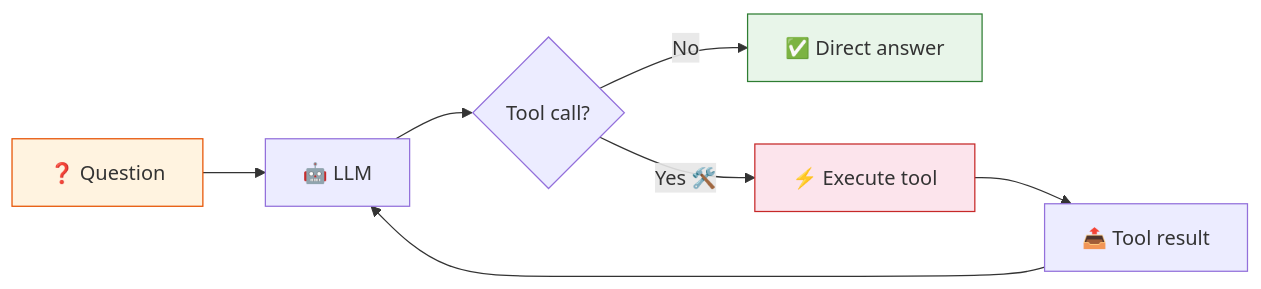
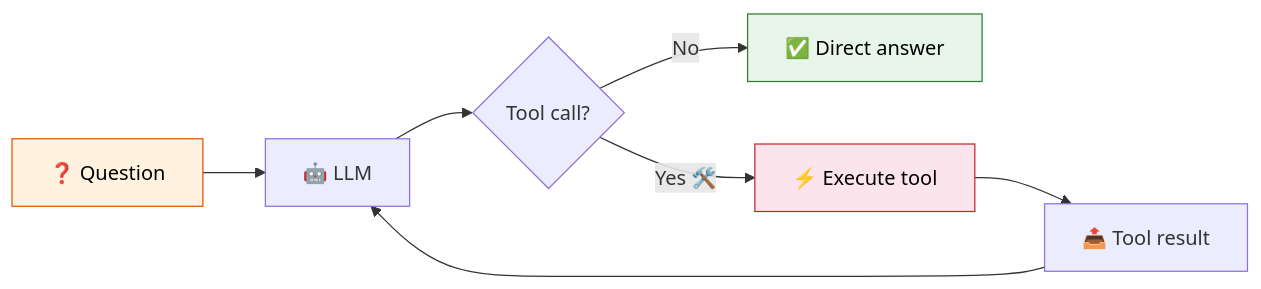
One commit to remolaan/Agentic-AI-Cookbook changed the diagram in 20_tool_calling/README.md. Above: the diagram before and after it, drawn with Mermaid. The commit also changed 45 other files, not shown here.

Commit message:
Fix Mermaid diagram text colors for readability across all READMEs

````diff
--- a/20_tool_calling/README.md
+++ b/20_tool_calling/README.md
@@ -18,13 +18,13 @@
 ```mermaid
 flowchart LR
     Q["❓ Question"] --> M["🤖 LLM"]
     M --> TC{"Tool call?"}
     TC -->|"No"| A["✅ Direct answer"]
     TC -->|"Yes 🛠️"| T["⚡ Execute tool"]
     T --> R["📤 Tool result"]
     R --> M
     
-    style Q fill:#fff3e0,stroke:#e65100
-    style A fill:#e8f5e9,stroke:#2e7d32
-    style T fill:#fce4ec,stroke:#c62828
+    style Q fill:#fff3e0,stroke:#e65100,color:#000000
+    style A fill:#e8f5e9,stroke:#2e7d32,color:#000000
+    style T fill:#fce4ec,stroke:#c62828,color:#000000
 ```
````
